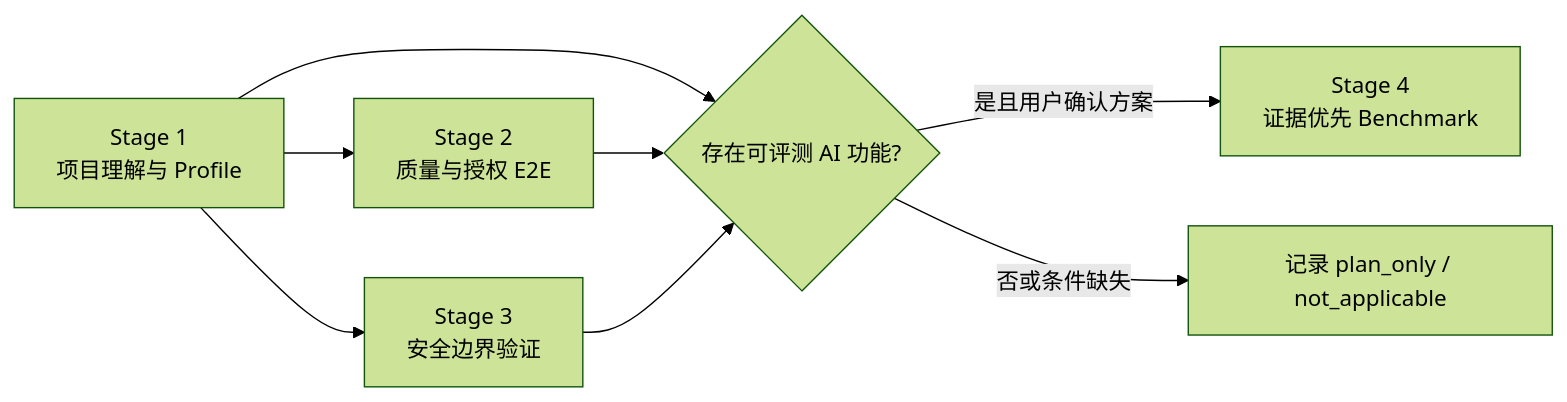
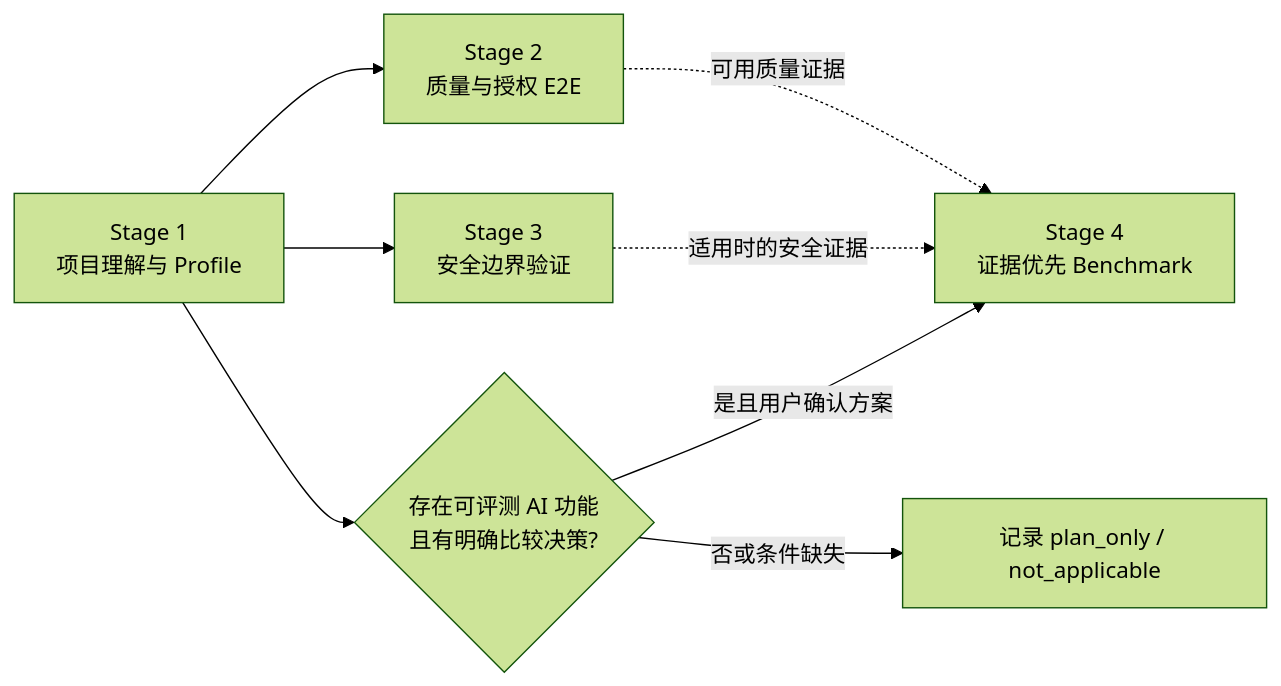
The diagram in README.md (Conradgui/project-verifier-skill), drawn with Mermaid (forest theme) before and after one commit. The commit also changed other lines of this file and 5 other files, not shown here.

Commit message:
docs: clarify benchmark evidence flow

````diff
--- a/README.md
+++ b/README.md
@@ -9,14 +9,15 @@
 ```mermaid
 flowchart LR
   S1[Stage 1
 项目理解与 Profile] --> S2[Stage 2
 质量与授权 E2E]
   S1 --> S3[Stage 3
 安全边界验证]
-  S1 --> S4{存在可评测 AI 功能?}
-  S2 --> S4
-  S3 --> S4
-  S4 -->|是且用户确认方案| B[Stage 4
+  S1 --> G{存在可评测 AI 功能
+且有明确比较决策?}
+  S2 -. 可用质量证据 .-> B
+  S3 -. 适用时的安全证据 .-> B
+  G -->|是且用户确认方案| B[Stage 4
 证据优先 Benchmark]
-  S4 -->|否或条件缺失| P[记录 plan_only / not_applicable]
+  G -->|否或条件缺失| P[记录 plan_only / not_applicable]
 ```
````
